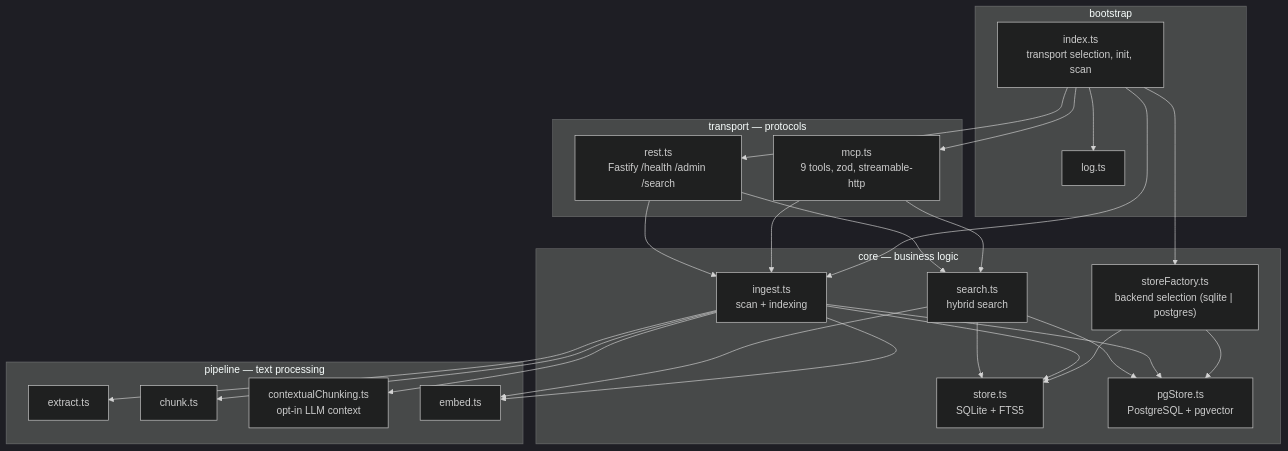
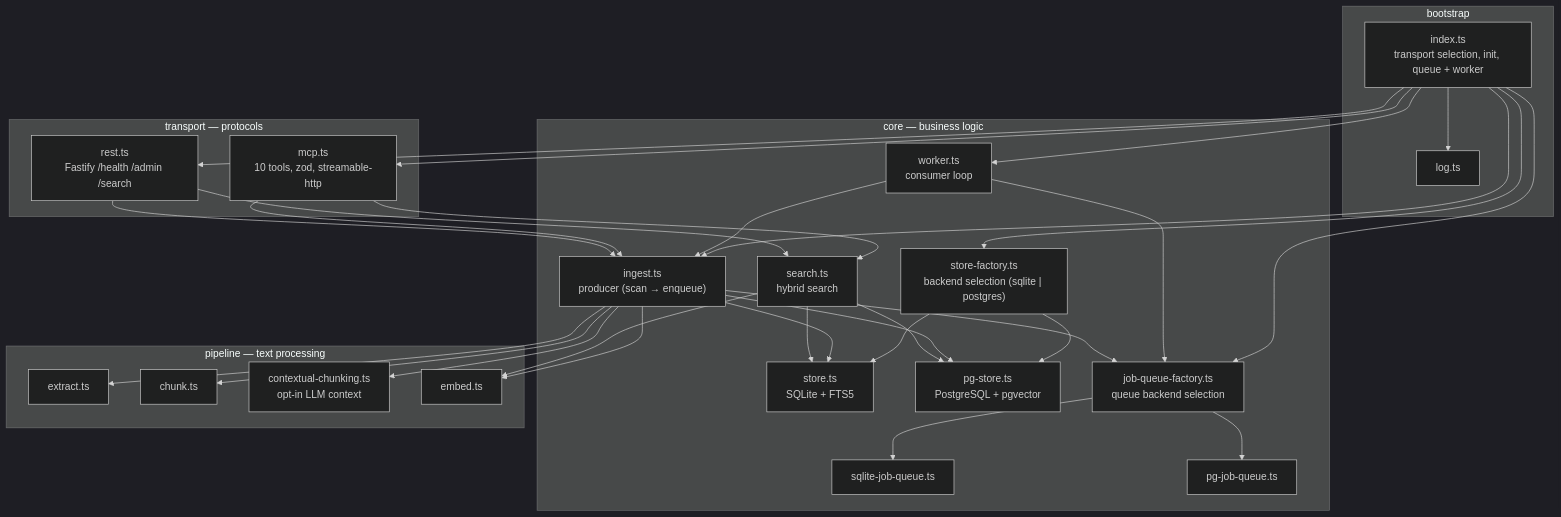
One commit to openhoat/rag-hub-mcp changed the first of 2 diagrams in docs/guide/architecture.md. Above: the diagram before and after it, drawn with Mermaid (dark theme). The commit also changed other lines of this file and 5 other files, not shown here.

First line of the commit message:
docs: async indexing docs + rename contextualChunking module name in docs

````diff
--- a/docs/guide/architecture.md
+++ b/docs/guide/architecture.md
@@ -9,48 +9,59 @@
 ```mermaid
 graph TD
     subgraph BOOT["bootstrap"]
-        INDEX["index.ts<br/>transport selection, init, scan"]
+        INDEX["index.ts<br/>transport selection, init, queue + worker"]
         LOG["log.ts"]
     end
 
     subgraph TRANSPORT["transport — protocols"]
-        MCP["mcp.ts<br/>9 tools, zod, streamable-http"]
+        MCP["mcp.ts<br/>10 tools, zod, streamable-http"]
         REST["rest.ts<br/>Fastify /health /admin /search"]
     end
 
     subgraph CORE["core — business logic"]
-        FACTORY["storeFactory.ts<br/>backend selection (sqlite | postgres)"]
+        FACTORY["store-factory.ts<br/>backend selection (sqlite | postgres)"]
         STORE["store.ts<br/>SQLite + FTS5"]
-        PGSTORE["pgStore.ts<br/>PostgreSQL + pgvector"]
-        INGEST["ingest.ts<br/>scan + indexing"]
+        PGSTORE["pg-store.ts<br/>PostgreSQL + pgvector"]
+        INGEST["ingest.ts<br/>producer (scan → enqueue)"]
         SEARCH["search.ts<br/>hybrid search"]
+        QUEUE["job-queue-factory.ts<br/>queue backend selection"]
+        SQLQ["sqlite-job-queue.ts"]
+        PGQ["pg-job-queue.ts"]
+        WORKER["worker.ts<br/>consumer loop"]
     end
 
     subgraph PIPELINE["pipeline — text processing"]
         EXTRACT["extract.ts"]
         CHUNK["chunk.ts"]
-        CONTEXT["contextualChunking.ts<br/>opt-in LLM context"]
+        CONTEXT["contextual-chunking.ts<br/>opt-in LLM context"]
         EMBED["embed.ts"]
     end
 
     INDEX --> LOG
     INDEX --> FACTORY
     FACTORY --> STORE
     FACTORY --> PGSTORE
+    INDEX --> QUEUE
+    QUEUE --> SQLQ
+    QUEUE --> PGQ
     INDEX --> INGEST
     INDEX --> MCP
     INDEX --> REST
+    INDEX --> WORKER
+    WORKER --> INGEST
+    WORKER --> QUEUE
     MCP --> INGEST
     MCP --> SEARCH
     REST --> INGEST
     REST --> SEARCH
     INGEST --> STORE
     INGEST --> PGSTORE
+    INGEST --> QUEUE
     INGEST --> EXTRACT
     INGEST --> CHUNK
     INGEST --> CONTEXT
     INGEST --> EMBED
     SEARCH --> EMBED
     SEARCH --> STORE
     SEARCH --> PGSTORE
 ```
````
